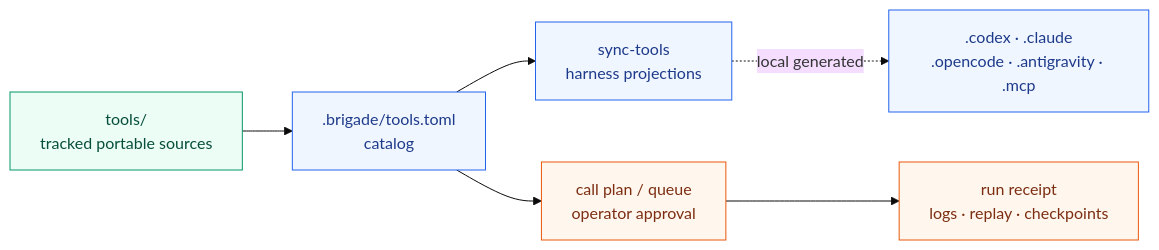
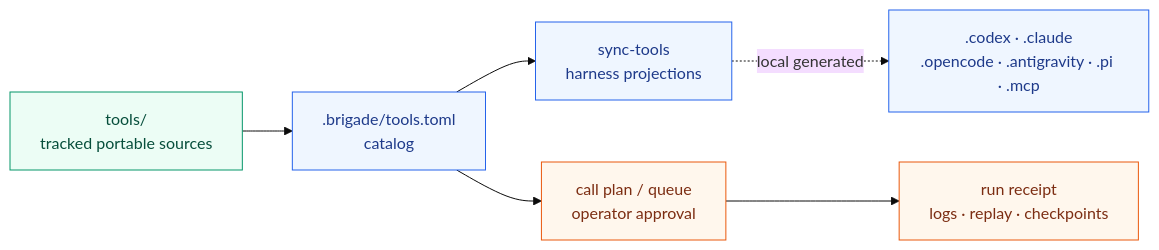
The eighth of 13 diagrams in README.md (escoffier-labs/brigade), drawn with Mermaid (base theme) before and after one commit. The commit also changed other lines of this file and 38 other files, not shown here.

````diff
--- a/README.md
+++ b/README.md
@@ -452,19 +454,19 @@
 ```mermaid
 flowchart LR
     SOURCE["tools/<br/>tracked portable sources"]
     CATALOG[".brigade/tools.toml<br/>catalog"]
     PROJECT["sync-tools<br/>harness projections"]
     APPROVAL["call plan / queue<br/>operator approval"]
     RUN["run receipt<br/>logs · replay · checkpoints"]
 
     SOURCE --> CATALOG --> PROJECT
     CATALOG --> APPROVAL --> RUN
-    PROJECT -. local generated .-> HARNESSES[".codex · .claude<br/>.opencode · .antigravity · .mcp"]
+    PROJECT -. local generated .-> HARNESSES[".codex · .claude<br/>.opencode · .antigravity · .pi · .mcp"]
 
     classDef source fill:#ecfdf5,stroke:#059669,color:#064e3b;
     classDef local fill:#eff6ff,stroke:#2563eb,color:#1e3a8a;
     classDef gate fill:#fff7ed,stroke:#ea580c,color:#7c2d12;
     class SOURCE source;
     class CATALOG,PROJECT,HARNESSES local;
     class APPROVAL,RUN gate;
 ```
````
